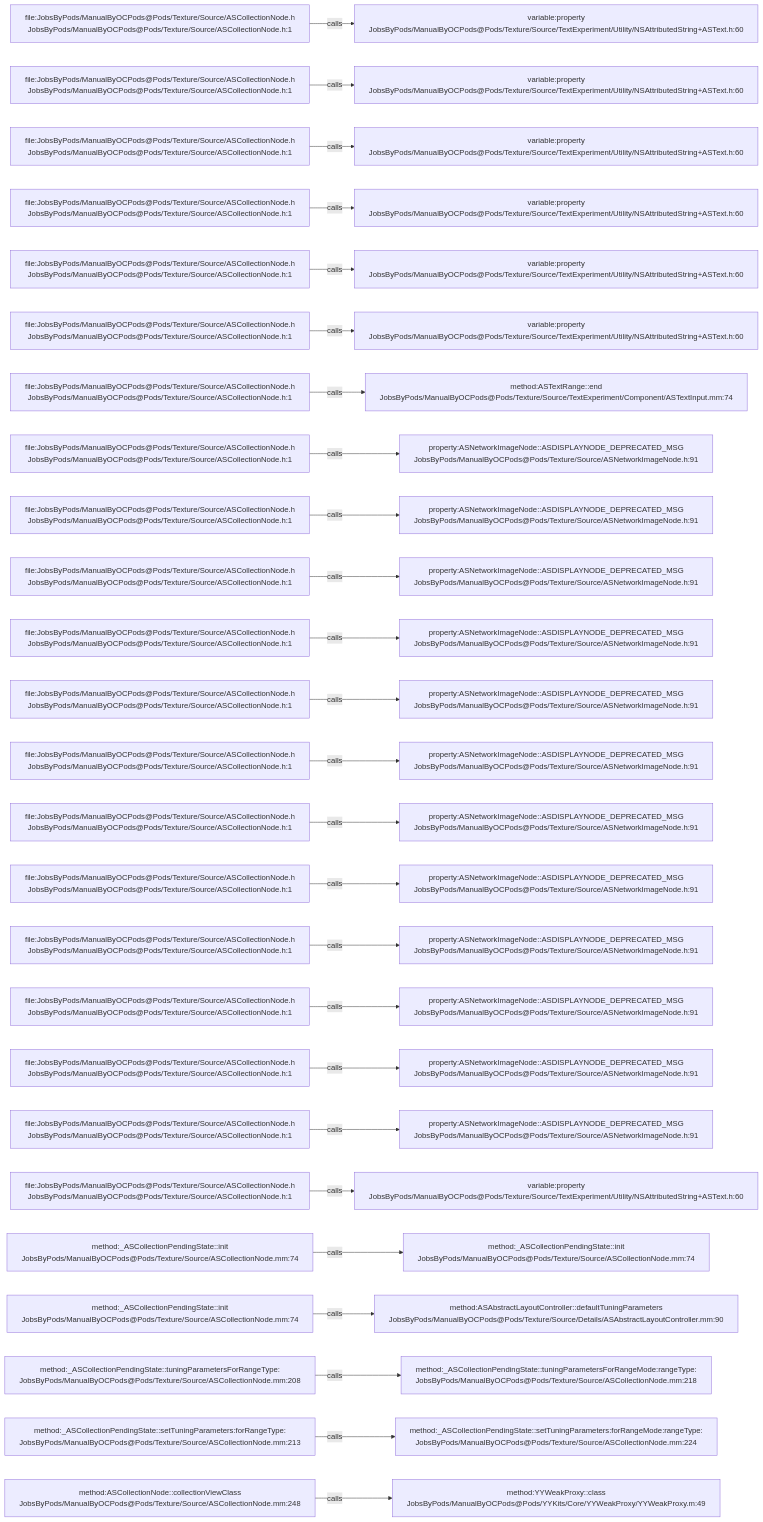
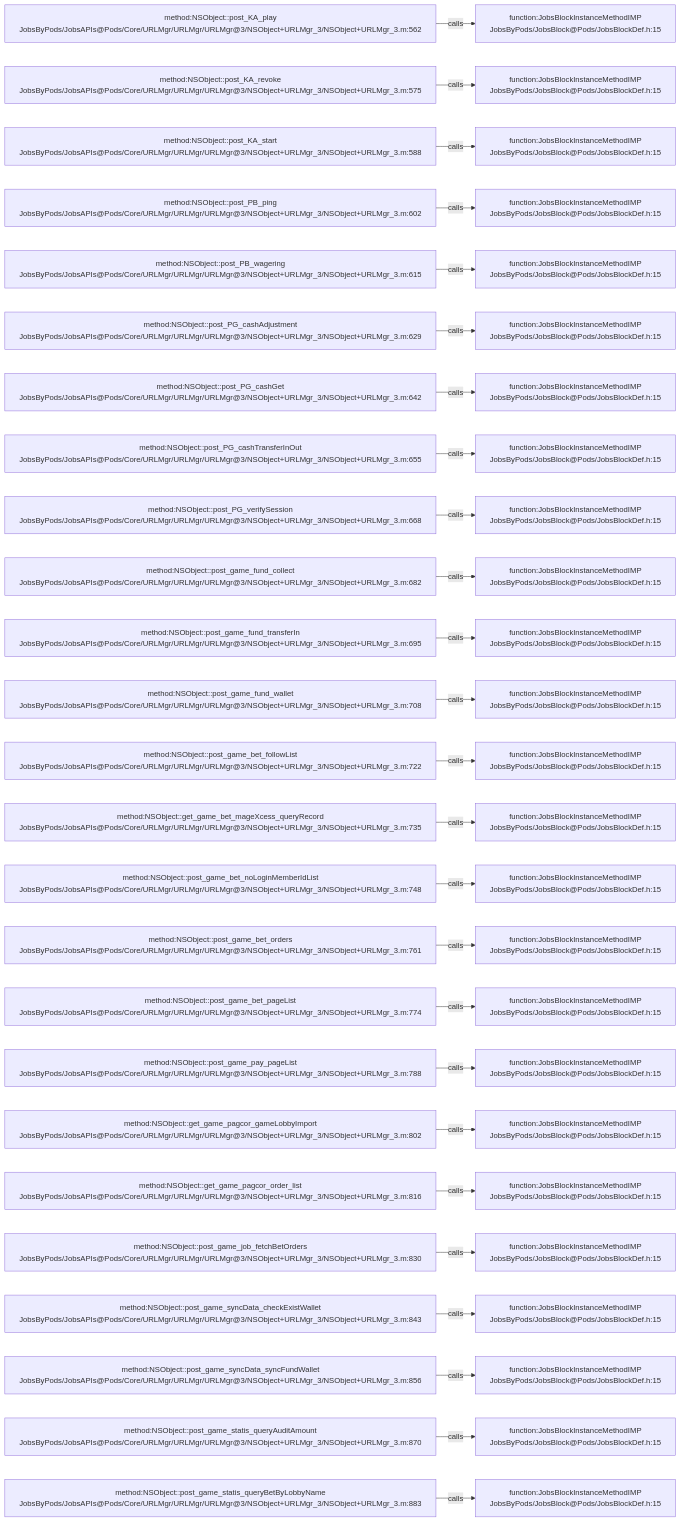
One commit to JobsKits/JobsOCBaseConfigDemo changed the diagram in .codegraph/codegraph.md/graphs/calls-061.md. Above: the diagram before and after it, drawn with Mermaid. The commit also changed 768 other files, not shown here.

````diff
--- a/.codegraph/codegraph.md/graphs/calls-061.md
+++ b/.codegraph/codegraph.md/graphs/calls-061.md
@@ -13,78 +13,78 @@
 ```mermaid
 flowchart LR
-  S1["file:JobsByPods/ManualByOCPods@Pods/Texture/Source/ASCollectionNode.h<br/>JobsByPods/ManualByOCPods@Pods/Texture/Source/ASCollectionNode.h:1"]
-  T1["variable:property<br/>JobsByPods/ManualByOCPods@Pods/Texture/Source/TextExperiment/Utility/NSAttributedString+ASText.h:60"]
+  S1["method:NSObject::post_KA_play<br/>JobsByPods/JobsAPIs@Pods/Core/URLMgr/URLMgr/URLMgr@3/NSObject+URLMgr_3/NSObject+URLMgr_3.m:562"]
+  T1["function:JobsBlockInstanceMethodIMP<br/>JobsByPods/JobsBlock@Pods/JobsBlockDef.h:15"]
   S1 -->|calls| T1
-  S2["file:JobsByPods/ManualByOCPods@Pods/Texture/Source/ASCollectionNode.h<br/>JobsByPods/ManualByOCPods@Pods/Texture/Source/ASCollectionNode.h:1"]
-  T2["variable:property<br/>JobsByPods/ManualByOCPods@Pods/Texture/Source/TextExperiment/Utility/NSAttributedString+ASText.h:60"]
+  S2["method:NSObject::post_KA_revoke<br/>JobsByPods/JobsAPIs@Pods/Core/URLMgr/URLMgr/URLMgr@3/NSObject+URLMgr_3/NSObject+URLMgr_3.m:575"]
+  T2["function:JobsBlockInstanceMethodIMP<br/>JobsByPods/JobsBlock@Pods/JobsBlockDef.h:15"]
   S2 -->|calls| T2
-  S3["file:JobsByPods/ManualByOCPods@Pods/Texture/Source/ASCollectionNode.h<br/>JobsByPods/ManualByOCPods@Pods/Texture/Source/ASCollectionNode.h:1"]
-  T3["variable:property<br/>JobsByPods/ManualByOCPods@Pods/Texture/Source/TextExperiment/Utility/NSAttributedString+ASText.h:60"]
+  S3["method:NSObject::post_KA_start<br/>JobsByPods/JobsAPIs@Pods/Core/URLMgr/URLMgr/URLMgr@3/NSObject+URLMgr_3/NSObject+URLMgr_3.m:588"]
+  T3["function:JobsBlockInstanceMethodIMP<br/>JobsByPods/JobsBlock@Pods/JobsBlockDef.h:15"]
   S3 -->|calls| T3
-  S4["file:JobsByPods/ManualByOCPods@Pods/Texture/Source/ASCollectionNode.h<br/>JobsByPods/ManualByOCPods@Pods/Texture/Source/ASCollectionNode.h:1"]
-  T4["variable:property<br/>JobsByPods/ManualByOCPods@Pods/Texture/Source/TextExperiment/Utility/NSAttributedString+ASText.h:60"]
+  S4["method:NSObject::post_PB_ping<br/>JobsByPods/JobsAPIs@Pods/Core/URLMgr/URLMgr/URLMgr@3/NSObject+URLMgr_3/NSObject+URLMgr_3.m:602"]
+  T4["function:JobsBlockInstanceMethodIMP<br/>JobsByPods/JobsBlock@Pods/JobsBlockDef.h:15"]
   S4 -->|calls| T4
-  S5["file:JobsByPods/ManualByOCPods@Pods/Texture/Source/ASCollectionNode.h<br/>JobsByPods/ManualByOCPods@Pods/Texture/Source/ASCollectionNode.h:1"]
-  T5["variable:property<br/>JobsByPods/ManualByOCPods@Pods/Texture/Source/TextExperiment/Utility/NSAttributedString+ASText.h:60"]
+  S5["method:NSObject::post_PB_wagering<br/>JobsByPods/JobsAPIs@Pods/Core/URLMgr/URLMgr/URLMgr@3/NSObject+URLMgr_3/NSObject+URLMgr_3.m:615"]
+  T5["function:JobsBlockInstanceMethodIMP<br/>JobsByPods/JobsBlock@Pods/JobsBlockDef.h:15"]
   S5 -->|calls| T5
-  S6["file:JobsByPods/ManualByOCPods@Pods/Texture/Source/ASCollectionNode.h<br/>JobsByPods/ManualByOCPods@Pods/Texture/Source/ASCollectionNode.h:1"]
-  T6["variable:property<br/>JobsByPods/ManualByOCPods@Pods/Texture/Source/TextExperiment/Utility/NSAttributedString+ASText.h:60"]
+  S6["method:NSObject::post_PG_cashAdjustment<br/>JobsByPods/JobsAPIs@Pods/Core/URLMgr/URLMgr/URLMgr@3/NSObject+URLMgr_3/NSObject+URLMgr_3.m:629"]
+  T6["function:JobsBlockInstanceMethodIMP<br/>JobsByPods/JobsBlock@Pods/JobsBlockDef.h:15"]
   S6 -->|calls| T6
-  S7["file:JobsByPods/ManualByOCPods@Pods/Texture/Source/ASCollectionNode.h<br/>JobsByPods/ManualByOCPods@Pods/Texture/Source/ASCollectionNode.h:1"]
-  T7["method:ASTextRange::end<br/>JobsByPods/ManualByOCPods@Pods/Texture/Source/TextExperiment/Component/ASTextInput.mm:74"]
+  S7["method:NSObject::post_PG_cashGet<br/>JobsByPods/JobsAPIs@Pods/Core/URLMgr/URLMgr/URLMgr@3/NSObject+URLMgr_3/NSObject+URLMgr_3.m:642"]
+  T7["function:JobsBlockInstanceMethodIMP<br/>JobsByPods/JobsBlock@Pods/JobsBlockDef.h:15"]
   S7 -->|calls| T7
-  S8["file:JobsByPods/ManualByOCPods@Pods/Texture/Source/ASCollectionNode.h<br/>JobsByPods/ManualByOCPods@Pods/Texture/Source/ASCollectionNode.h:1"]
-  T8["property:ASNetworkImageNode::ASDISPLAYNODE_DEPRECATED_MSG<br/>JobsByPods/ManualByOCPods@Pods/Texture/Source/ASNetworkImageNode.h:91"]
+  S8["method:NSObject::post_PG_cashTransferInOut<br/>JobsByPods/JobsAPIs@Pods/Core/URLMgr/URLMgr/URLMgr@3/NSObject+URLMgr_3/NSObject+URLMgr_3.m:655"]
+  T8["function:JobsBlockInstanceMethodIMP<br/>JobsByPods/JobsBlock@Pods/JobsBlockDef.h:15"]
   S8 -->|calls| T8
-  S9["file:JobsByPods/ManualByOCPods@Pods/Texture/Source/ASCollectionNode.h<br/>JobsByPods/ManualByOCPods@Pods/Texture/Source/ASCollectionNode.h:1"]
-  T9["property:ASNetworkImageNode::ASDISPLAYNODE_DEPRECATED_MSG<br/>JobsByPods/ManualByOCPods@Pods/Texture/Source/ASNetworkImageNode.h:91"]
+  S9["method:NSObject::post_PG_verifySession<br/>JobsByPods/JobsAPIs@Pods/Core/URLMgr/URLMgr/URLMgr@3/NSObject+URLMgr_3/NSObject+URLMgr_3.m:668"]
+  T9["function:JobsBlockInstanceMethodIMP<br/>JobsByPods/JobsBlock@Pods/JobsBlockDef.h:15"]
   S9 -->|calls| T9
-  S10["file:JobsByPods/ManualByOCPods@Pods/Texture/Source/ASCollectionNode.h<br/>JobsByPods/ManualByOCPods@Pods/Texture/Source/ASCollectionNode.h:1"]
-  T10["property:ASNetworkImageNode::ASDISPLAYNODE_DEPRECATED_MSG<br/>JobsByPods/ManualByOCPods@Pods/Texture/Source/ASNetworkImageNode.h:91"]
+  S10["method:NSObject::post_game_fund_collect<br/>JobsByPods/JobsAPIs@Pods/Core/URLMgr/URLMgr/URLMgr@3/NSObject+URLMgr_3/NSObject+URLMgr_3.m:682"]
+  T10["function:JobsBlockInstanceMethodIMP<br/>JobsByPods/JobsBlock@Pods/JobsBlockDef.h:15"]
   S10 -->|calls| T10
-  S11["file:JobsByPods/ManualByOCPods@Pods/Texture/Source/ASCollectionNode.h<br/>JobsByPods/ManualByOCPods@Pods/Texture/Source/ASCollectionNode.h:1"]
-  T11["property:ASNetworkImageNode::ASDISPLAYNODE_DEPRECATED_MSG<br/>JobsByPods/ManualByOCPods@Pods/Texture/Source/ASNetworkImageNode.h:91"]
+  S11["method:NSObject::post_game_fund_transferIn<br/>JobsByPods/JobsAPIs@Pods/Core/URLMgr/URLMgr/URLMgr@3/NSObject+URLMgr_3/NSObject+URLMgr_3.m:695"]
+  T11["function:JobsBlockInstanceMethodIMP<br/>JobsByPods/JobsBlock@Pods/JobsBlockDef.h:15"]
   S11 -->|calls| T11
-  S12["file:JobsByPods/ManualByOCPods@Pods/Texture/Source/ASCollectionNode.h<br/>JobsByPods/ManualByOCPods@Pods/Texture/Source/ASCollectionNode.h:1"]
-  T12["property:ASNetworkImageNode::ASDISPLAYNODE_DEPRECATED_MSG<br/>JobsByPods/ManualByOCPods@Pods/Texture/Source/ASNetworkImageNode.h:91"]
+  S12["method:NSObject::post_game_fund_wallet<br/>JobsByPods/JobsAPIs@Pods/Core/URLMgr/URLMgr/URLMgr@3/NSObject+URLMgr_3/NSObject+URLMgr_3.m:708"]
+  T12["function:JobsBlockInstanceMethodIMP<br/>JobsByPods/JobsBlock@Pods/JobsBlockDef.h:15"]
   S12 -->|calls| T12
-  S13["file:JobsByPods/ManualByOCPods@Pods/Texture/Source/ASCollectionNode.h<br/>JobsByPods/ManualByOCPods@Pods/Texture/Source/ASCollectionNode.h:1"]
-  T13["property:ASNetworkImageNode::ASDISPLAYNODE_DEPRECATED_MSG<br/>JobsByPods/ManualByOCPods@Pods/Texture/Source/ASNetworkImageNode.h:91"]
+  S13["method:NSObject::post_game_bet_followList<br/>JobsByPods/JobsAPIs@Pods/Core/URLMgr/URLMgr/URLMgr@3/NSObject+URLMgr_3/NSObject+URLMgr_3.m:722"]
+  T13["function:JobsBlockInstanceMethodIMP<br/>JobsByPods/JobsBlock@Pods/JobsBlockDef.h:15"]
   S13 -->|calls| T13
-  S14["file:JobsByPods/ManualByOCPods@Pods/Texture/Source/ASCollectionNode.h<br/>JobsByPods/ManualByOCPods@Pods/Texture/Source/ASCollectionNode.h:1"]
-  T14["property:ASNetworkImageNode::ASDISPLAYNODE_DEPRECATED_MSG<br/>JobsByPods/ManualByOCPods@Pods/Texture/Source/ASNetworkImageNode.h:91"]
+  S14["method:NSObject::get_game_bet_mageXcess_queryRecord<br/>JobsByPods/JobsAPIs@Pods/Core/URLMgr/URLMgr/URLMgr@3/NSObject+URLMgr_3/NSObject+URLMgr_3.m:735"]
+  T14["function:JobsBlockInstanceMethodIMP<br/>JobsByPods/JobsBlock@Pods/JobsBlockDef.h:15"]
   S14 -->|calls| T14
-  S15["file:JobsByPods/ManualByOCPods@Pods/Texture/Source/ASCollectionNode.h<br/>JobsByPods/ManualByOCPods@Pods/Texture/Source/ASCollectionNode.h:1"]
-  T15["property:ASNetworkImageNode::ASDISPLAYNODE_DEPRECATED_MSG<br/>JobsByPods/ManualByOCPods@Pods/Texture/Source/ASNetworkImageNode.h:91"]
+  S15["method:NSObject::post_game_bet_noLoginMemberIdList<br/>JobsByPods/JobsAPIs@Pods/Core/URLMgr/URLMgr/URLMgr@3/NSObject+URLMgr_3/NSObject+URLMgr_3.m:748"]
+  T15["function:JobsBlockInstanceMethodIMP<br/>JobsByPods/JobsBlock@Pods/JobsBlockDef.h:15"]
   S15 -->|calls| T15
-  S16["file:JobsByPods/ManualByOCPods@Pods/Texture/Source/ASCollectionNode.h<br/>JobsByPods/ManualByOCPods@Pods/Texture/Source/ASCollectionNode.h:1"]
-  T16["property:ASNetworkImageNode::ASDISPLAYNODE_DEPRECATED_MSG<br/>JobsByPods/ManualByOCPods@Pods/Texture/Source/ASNetworkImageNode.h:91"]
+  S16["method:NSObject::post_game_bet_orders<br/>JobsByPods/JobsAPIs@Pods/Core/URLMgr/URLMgr/URLMgr@3/NSObject+URLMgr_3/NSObject+URLMgr_3.m:761"]
+  T16["function:JobsBlockInstanceMethodIMP<br/>JobsByPods/JobsBlock@Pods/JobsBlockDef.h:15"]
   S16 -->|calls| T16
-  S17["file:JobsByPods/ManualByOCPods@Pods/Texture/Source/ASCollectionNode.h<br/>JobsByPods/ManualByOCPods@Pods/Texture/Source/ASCollectionNode.h:1"]
-  T17["property:ASNetworkImageNode::ASDISPLAYNODE_DEPRECATED_MSG<br/>JobsByPods/ManualByOCPods@Pods/Texture/Source/ASNetworkImageNode.h:91"]
+  S17["method:NSObject::post_game_bet_pageList<br/>JobsByPods/JobsAPIs@Pods/Core/URLMgr/URLMgr/URLMgr@3/NSObject+URLMgr_3/NSObject+URLMgr_3.m:774"]
+  T17["function:JobsBlockInstanceMethodIMP<br/>JobsByPods/JobsBlock@Pods/JobsBlockDef.h:15"]
   S17 -->|calls| T17
-  S18["file:JobsByPods/ManualByOCPods@Pods/Texture/Source/ASCollectionNode.h<br/>JobsByPods/ManualByOCPods@Pods/Texture/Source/ASCollectionNode.h:1"]
-  T18["property:ASNetworkImageNode::ASDISPLAYNODE_DEPRECATED_MSG<br/>JobsByPods/ManualByOCPods@Pods/Texture/Source/ASNetworkImageNode.h:91"]
+  S18["method:NSObject::post_game_pay_pageList<br/>JobsByPods/JobsAPIs@Pods/Core/URLMgr/URLMgr/URLMgr@3/NSObject+URLMgr_3/NSObject+URLMgr_3.m:788"]
+  T18["function:JobsBlockInstanceMethodIMP<br/>JobsByPods/JobsBlock@Pods/JobsBlockDef.h:15"]
   S18 -->|calls| T18
-  S19["file:JobsByPods/ManualByOCPods@Pods/Texture/Source/ASCollectionNode.h<br/>JobsByPods/ManualByOCPods@Pods/Texture/Source/ASCollectionNode.h:1"]
-  T19["property:ASNetworkImageNode::ASDISPLAYNODE_DEPRECATED_MSG<br/>JobsByPods/ManualByOCPods@Pods/Texture/Source/ASNetworkImageNode.h:91"]
+  S19["method:NSObject::get_game_pagcor_gameLobbyImport<br/>JobsByPods/JobsAPIs@Pods/Core/URLMgr/URLMgr/URLMgr@3/NSObject+URLMgr_3/NSObject+URLMgr_3.m:802"]
+  T19["function:JobsBlockInstanceMethodIMP<br/>JobsByPods/JobsBlock@Pods/JobsBlockDef.h:15"]
   S19 -->|calls| T19
-  S20["file:JobsByPods/ManualByOCPods@Pods/Texture/Source/ASCollectionNode.h<br/>JobsByPods/ManualByOCPods@Pods/Texture/Source/ASCollectionNode.h:1"]
-  T20["variable:property<br/>JobsByPods/ManualByOCPods@Pods/Texture/Source/TextExperiment/Utility/NSAttributedString+ASText.h:60"]
+  S20["method:NSObject::get_game_pagcor_order_list<br/>JobsByPods/JobsAPIs@Pods/Core/URLMgr/URLMgr/URLMgr@3/NSObject+URLMgr_3/NSObject+URLMgr_3.m:816"]
+  T20["function:JobsBlockInstanceMethodIMP<br/>JobsByPods/JobsBlock@Pods/JobsBlockDef.h:15"]
   S20 -->|calls| T20
-  S21["method:_ASCollectionPendingState::init<br/>JobsByPods/ManualByOCPods@Pods/Texture/Source/ASCollectionNode.mm:74"]
-  T21["method:_ASCollectionPendingState::init<br/>JobsByPods/ManualByOCPods@Pods/Texture/Source/ASCollectionNode.mm:74"]
+  S21["method:NSObject::post_game_job_fetchBetOrders<br/>JobsByPods/JobsAPIs@Pods/Core/URLMgr/URLMgr/URLMgr@3/NSObject+URLMgr_3/NSObject+URLMgr_3.m:830"]
+  T21["function:JobsBlockInstanceMethodIMP<br/>JobsByPods/JobsBlock@Pods/JobsBlockDef.h:15"]
   S21 -->|calls| T21
-  S22["method:_ASCollectionPendingState::init<br/>JobsByPods/ManualByOCPods@Pods/Texture/Source/ASCollectionNode.mm:74"]
-  T22["method:ASAbstractLayoutController::defaultTuningParameters<br/>JobsByPods/ManualByOCPods@Pods/Texture/Source/Details/ASAbstractLayoutController.mm:90"]
+  S22["method:NSObject::post_game_syncData_checkExistWallet<br/>JobsByPods/JobsAPIs@Pods/Core/URLMgr/URLMgr/URLMgr@3/NSObject+URLMgr_3/NSObject+URLMgr_3.m:843"]
+  T22["function:JobsBlockInstanceMethodIMP<br/>JobsByPods/JobsBlock@Pods/JobsBlockDef.h:15"]
   S22 -->|calls| T22
-  S23["method:_ASCollectionPendingState::tuningParametersForRangeType:<br/>JobsByPods/ManualByOCPods@Pods/Texture/Source/ASCollectionNode.mm:208"]
-  T23["method:_ASCollectionPendingState::tuningParametersForRangeMode:rangeType:<br/>JobsByPods/ManualByOCPods@Pods/Texture/Source/ASCollectionNode.mm:218"]
+  S23["method:NSObject::post_game_syncData_syncFundWallet<br/>JobsByPods/JobsAPIs@Pods/Core/URLMgr/URLMgr/URLMgr@3/NSObject+URLMgr_3/NSObject+URLMgr_3.m:856"]
+  T23["function:JobsBlockInstanceMethodIMP<br/>JobsByPods/JobsBlock@Pods/JobsBlockDef.h:15"]
   S23 -->|calls| T23
-  S24["method:_ASCollectionPendingState::setTuningParameters:forRangeType:<br/>JobsByPods/ManualByOCPods@Pods/Texture/Source/ASCollectionNode.mm:213"]
-  T24["method:_ASCollectionPendingState::setTuningParameters:forRangeMode:rangeType:<br/>JobsByPods/ManualByOCPods@Pods/Texture/Source/ASCollectionNode.mm:224"]
+  S24["method:NSObject::post_game_statis_queryAuditAmount<br/>JobsByPods/JobsAPIs@Pods/Core/URLMgr/URLMgr/URLMgr@3/NSObject+URLMgr_3/NSObject+URLMgr_3.m:870"]
+  T24["function:JobsBlockInstanceMethodIMP<br/>JobsByPods/JobsBlock@Pods/JobsBlockDef.h:15"]
   S24 -->|calls| T24
-  S25["method:ASCollectionNode::collectionViewClass<br/>JobsByPods/ManualByOCPods@Pods/Texture/Source/ASCollectionNode.mm:248"]
-  T25["method:YYWeakProxy::class<br/>JobsByPods/ManualByOCPods@Pods/YYKits/Core/YYWeakProxy/YYWeakProxy.m:49"]
+  S25["method:NSObject::post_game_statis_queryBetByLobbyName<br/>JobsByPods/JobsAPIs@Pods/Core/URLMgr/URLMgr/URLMgr@3/NSObject+URLMgr_3/NSObject+URLMgr_3.m:883"]
+  T25["function:JobsBlockInstanceMethodIMP<br/>JobsByPods/JobsBlock@Pods/JobsBlockDef.h:15"]
   S25 -->|calls| T25
 ```
````
